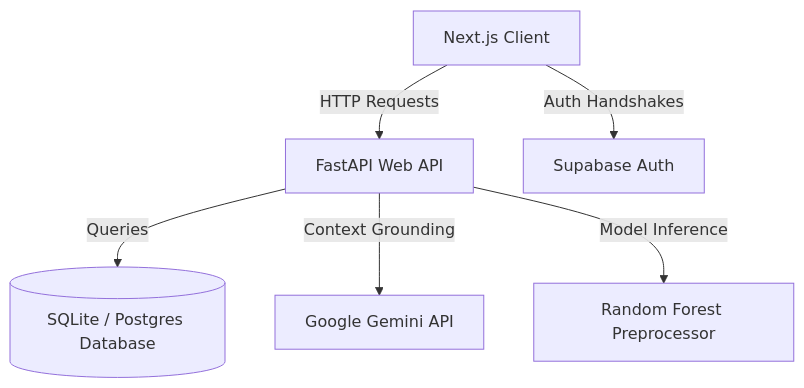
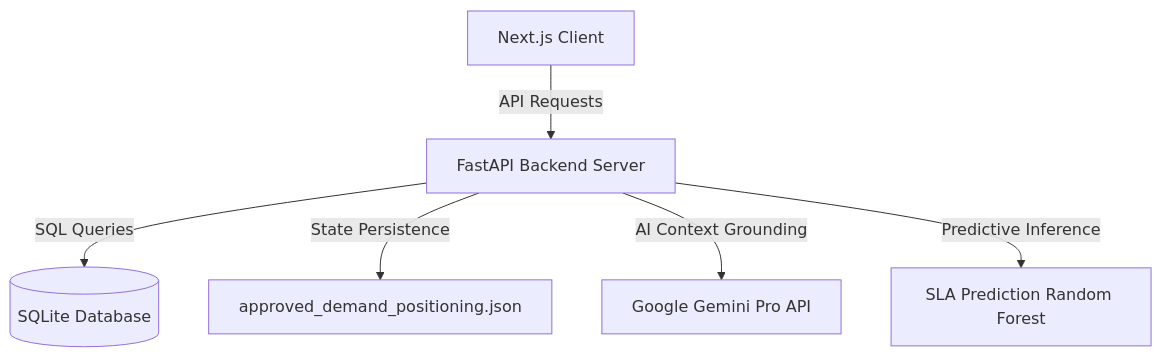
One commit to manavnagpal08/dell-finall changed the diagram in README.md. Above: the diagram before and after it, drawn with Mermaid. The commit also changed other lines of this file and 34 other files, not shown here.

Commit message:
feat: push all latest changes - landing page animations, auth tab merge, map improvements, backend updates

````diff
--- a/README.md
+++ b/README.md
@@ -34,8 +9,8 @@
 ```mermaid
 graph TD
-    A[Next.js Client] -->|HTTP Requests| B[FastAPI Web API]
-    A -->|Auth Handshakes| C[Supabase Auth]
-    B -->|Queries| D[(SQLite / Postgres Database)]
-    B -->|Context Grounding| E[Google Gemini API]
-    B -->|Model Inference| F[Random Forest Preprocessor]
+    A[Next.js Client] -->|API Requests| B[FastAPI Backend Server]
+    B -->|SQL Queries| C[(SQLite Database)]
+    B -->|State Persistence| D[approved_demand_positioning.json]
+    B -->|AI Context Grounding| E[Google Gemini Pro API]
+    B -->|Predictive Inference| F[SLA Prediction Random Forest]
 ```
````
